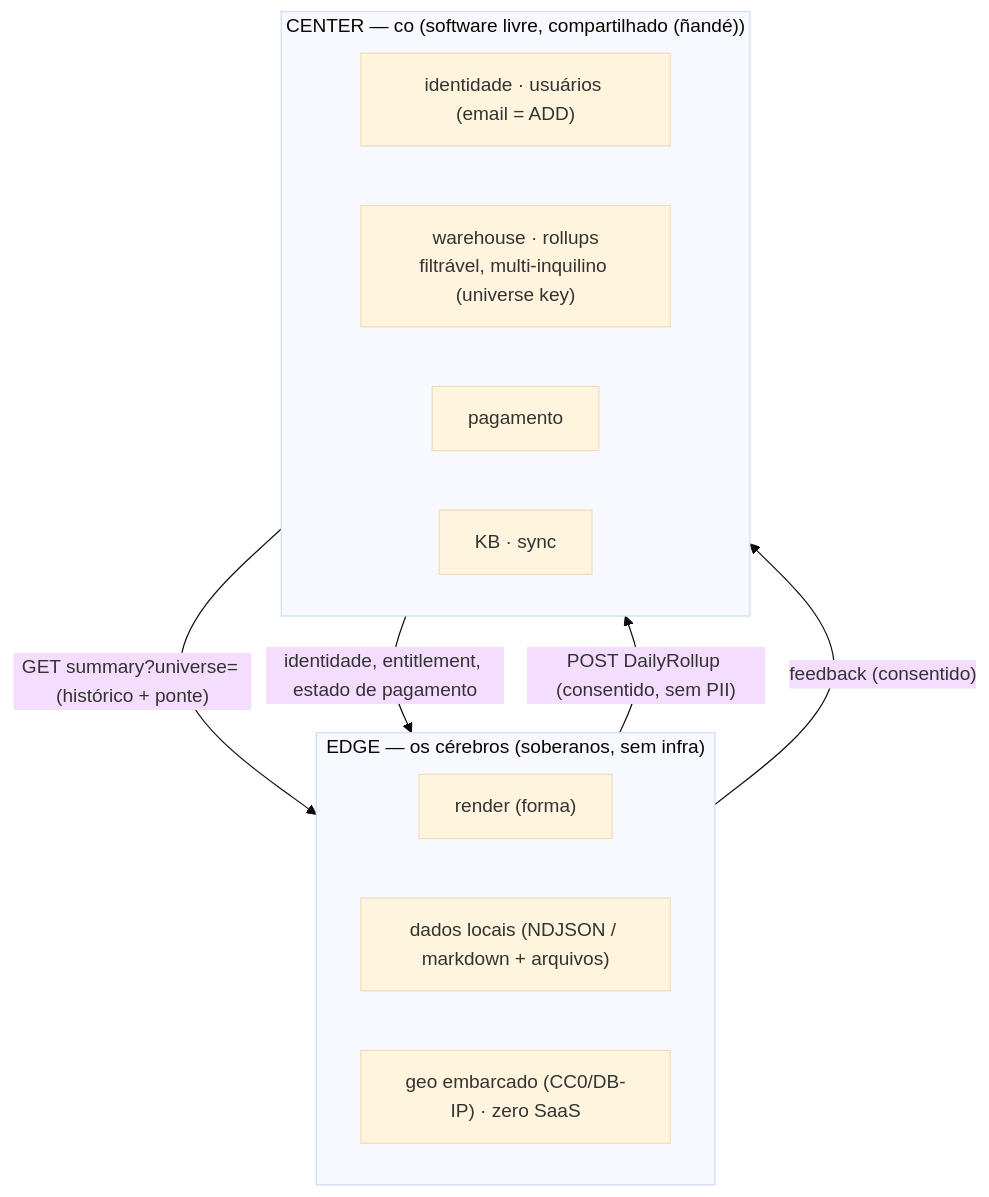
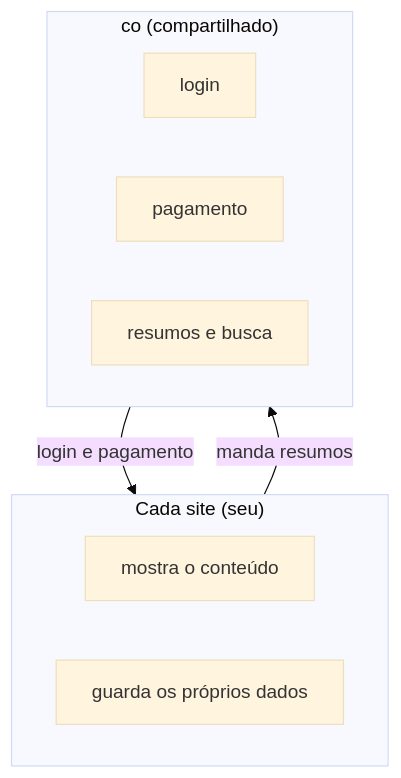
Before and after one commit to artelonga/ArteLonga: the sixth of 6 diagrams in docs/intelligence-as-a-service.pt.md, drawn with Mermaid (base theme). The commit also changed other lines of this file and 43 other files, not shown here.

First line of the commit message:
feat(docs): diagramas simples e legíveis (sem jargão) em todas as docs (#89)

````diff
--- a/docs/intelligence-as-a-service.pt.md
+++ b/docs/intelligence-as-a-service.pt.md
@@ -241,20 +216,14 @@
 ```mermaid
 flowchart TB
-  subgraph EDGE["EDGE — os cérebros (soberanos, sem infra)"]
-    direction LR
-    E1["render (forma)"]
-    E2["dados locais (NDJSON / markdown + arquivos)"]
-    E3["geo embarcado (CC0/DB-IP) · zero SaaS"]
+  subgraph Site["Cada site (seu)"]
+    E1["mostra o conteúdo"]
+    E2["guarda os próprios dados"]
   end
-  subgraph CENTER["CENTER — co (software livre, compartilhado (ñandé))"]
-    direction LR
-    C1["identidade · usuários (email = ADD)"]
-    C2["warehouse · rollups<br/>filtrável, multi-inquilino (universe key)"]
-    C3["pagamento"]
-    C4["KB · sync"]
+  subgraph CO["co (compartilhado)"]
+    C1["login"]
+    C2["pagamento"]
+    C3["resumos e busca"]
   end
-  EDGE -->|"POST DailyRollup (consentido, sem PII)"| CENTER
-  CENTER -->|"GET summary?universe= (histórico + ponte)"| EDGE
-  EDGE -->|"feedback (consentido)"| CENTER
-  CENTER -->|"identidade, entitlement, estado de pagamento"| EDGE
+  Site -->|"manda resumos"| CO
+  CO -->|"login e pagamento"| Site
 ```
````
